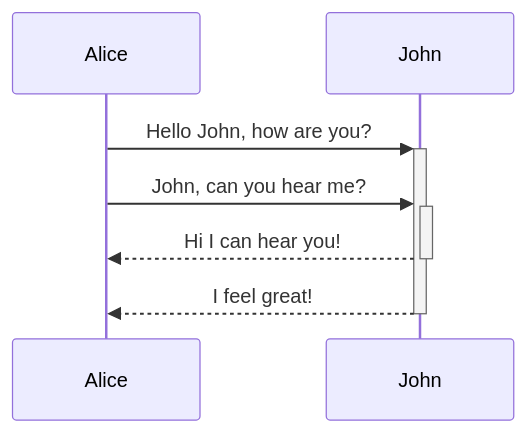
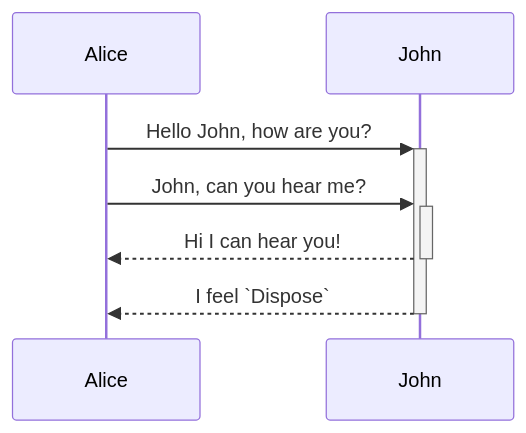
Before and after one commit to swimmio/csharp-shaul-test: the diagram in .swm/mermaid-116.4vptucrn.sw.md, drawn with Mermaid. The commit also changed other lines of this file, not shown here.

Commit message:
docs(swimm): update doc: "Mermaid 1.16"

````diff
--- a/.swm/mermaid-116.4vptucrn.sw.md
+++ b/.swm/mermaid-116.4vptucrn.sw.md
@@ -9,7 +9,7 @@
 ```mermaid
 sequenceDiagram
 Alice->>+John: Hello John, how are you?
 Alice->>+John: John, can you hear me?
 John-->>-Alice: Hi I can hear you!
-John-->>-Alice: I feel great!
+John-->>-Alice: I feel `Dispose`
 ```
````
